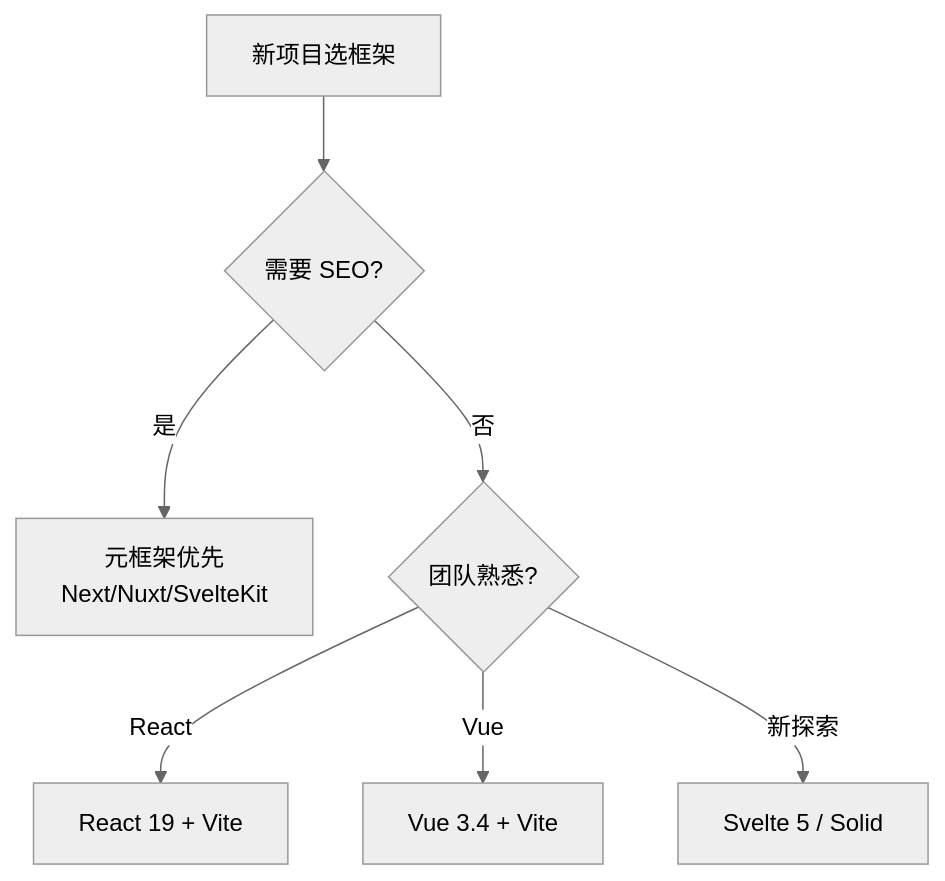
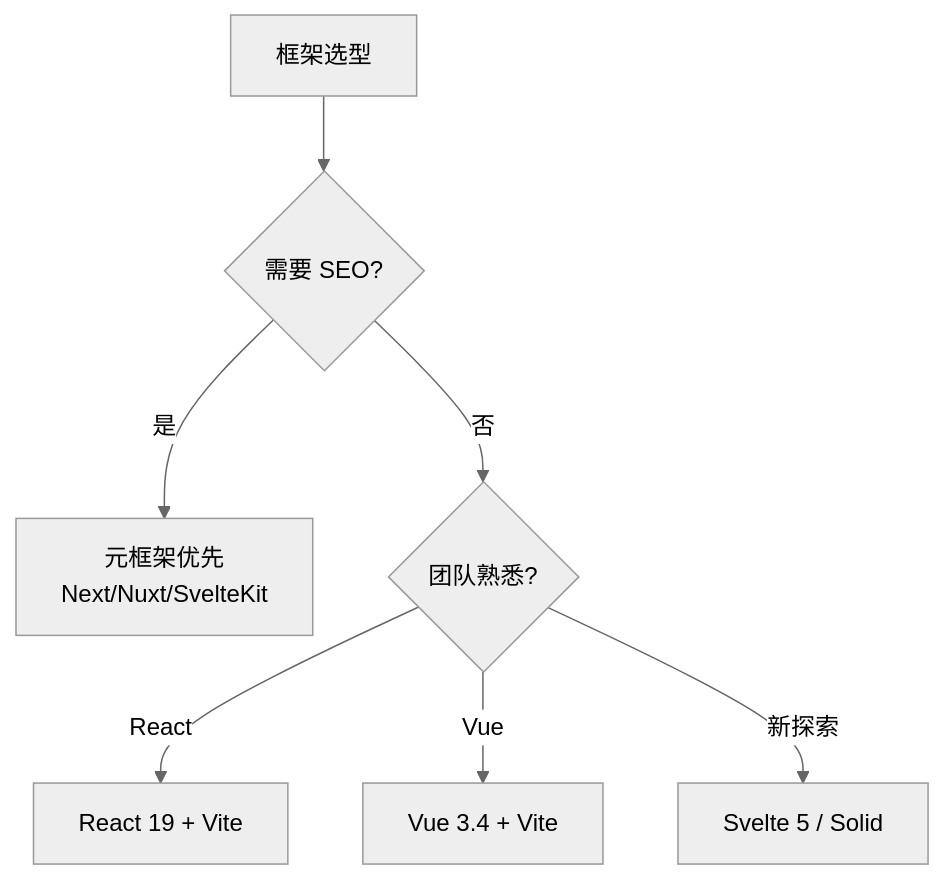
The diagram in note/09.front-end/03-frameworks/README.md (wb04307201/wb04307201), drawn with Mermaid (neutral theme) before and after one commit. The commit also changed other lines of this file and 8 other files, not shown here.

````diff
--- a/note/09.front-end/03-frameworks/README.md
+++ b/note/09.front-end/03-frameworks/README.md
@@ -45,9 +39,9 @@
 ```mermaid
 flowchart TD
-    A[新项目选框架] --> B{需要 SEO?}
+    A[框架选型] --> B{需要 SEO?}
     B -->|是| C[元框架优先<br/>Next/Nuxt/SvelteKit]
     B -->|否| D{团队熟悉?}
     D -->|React| E[React 19 + Vite]
     D -->|Vue| F[Vue 3.4 + Vite]
     D -->|新探索| G[Svelte 5 / Solid]
 ```
````
